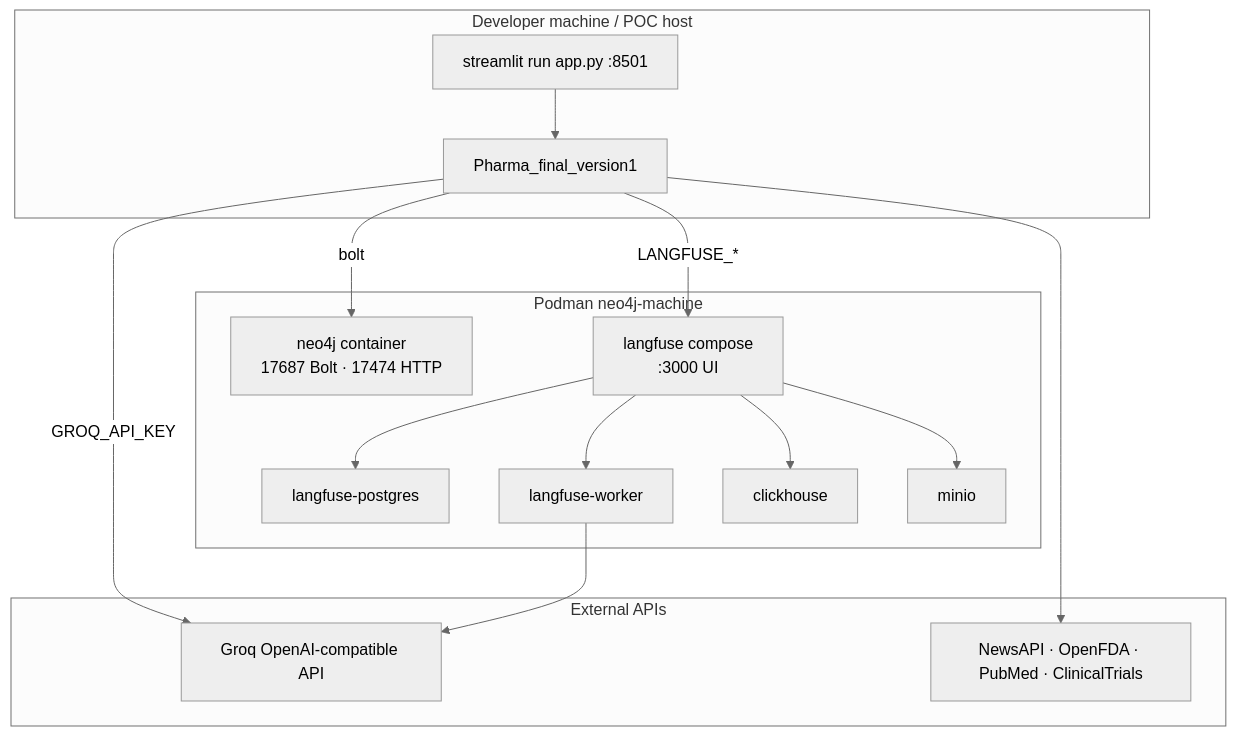
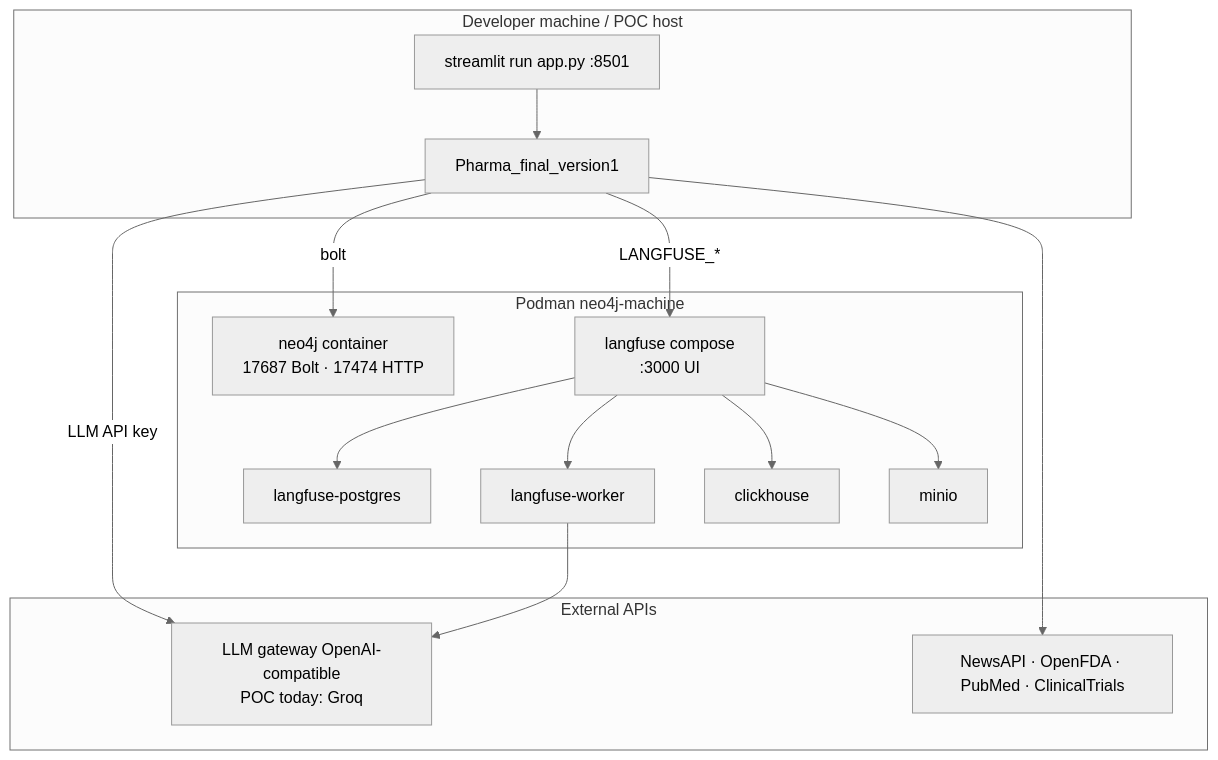
One commit to mdevaraju99/Langfuse-retention_openobserve_pharmahub changed the seventh of 9 diagrams in docs/AIOPS_ARCHITECTURE.md. Above: the diagram before and after it, drawn with Mermaid (neutral theme). The commit also changed other lines of this file and 50 other files, not shown here.

First line of the commit message:
Add OpenObserve, Langfuse retention, and switch Groq to OpenGPT models.

````diff
--- a/docs/AIOPS_ARCHITECTURE.md
+++ b/docs/AIOPS_ARCHITECTURE.md
@@ -260,32 +385,32 @@
 ```mermaid
 flowchart TB
     subgraph Host["Developer machine / POC host"]
         ST[streamlit run app.py :8501]
         APP[Pharma_final_version1]
         ST --> APP
     end
 
     subgraph Podman["Podman neo4j-machine"]
         NEO_C[neo4j container<br/>17687 Bolt · 17474 HTTP]
         LF_C[langfuse compose<br/>:3000 UI]
         LF_PG[langfuse-postgres]
         LF_W[langfuse-worker]
         LF_CH[clickhouse]
         LF_MIN[minio]
         LF_C --> LF_PG
         LF_C --> LF_W
         LF_C --> LF_CH
         LF_C --> LF_MIN
     end
 
     subgraph External["External APIs"]
-        GROQ[Groq OpenAI-compatible API]
+        LLM_GW[LLM gateway OpenAI-compatible<br/>POC today: Groq]
         NEWS[NewsAPI · OpenFDA · PubMed · ClinicalTrials]
     end
 
     APP -->|bolt| NEO_C
     APP -->|LANGFUSE_*| LF_C
-    APP -->|GROQ_API_KEY| GROQ
+    APP -->|LLM API key| LLM_GW
     APP --> NEWS
-    LF_W --> GROQ
+    LF_W --> LLM_GW
 ```
````
